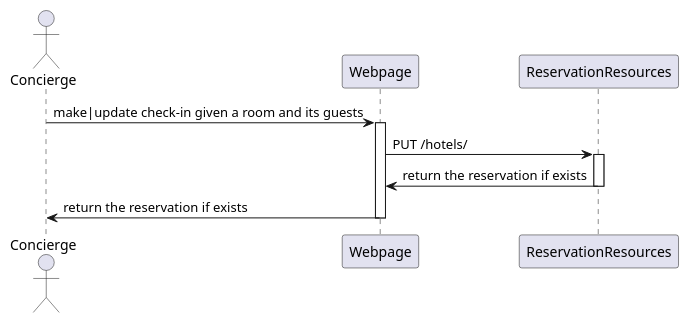
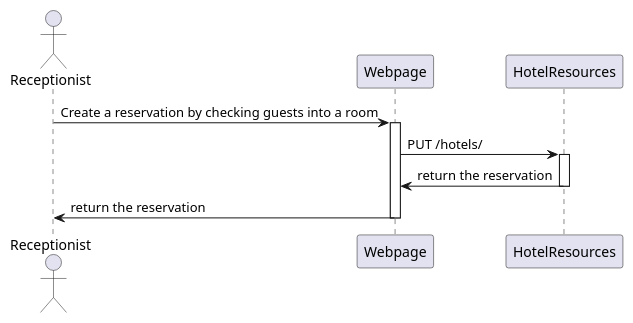
The diagram in doc/check-in.puml (dearrudam/workshop-quarkus-jnosql-quarkus-club), drawn with PlantUML before and after one commit. The commit also changed 10 other files, not shown here.

```diff
--- a/doc/check-in.puml
+++ b/doc/check-in.puml
@@ -1,15 +1,13 @@
 @startuml
+actor Receptionist
 
-actor Concierge
-
-
-Concierge -> Webpage: make|update check-in given a room and its guests
+Receptionist -> Webpage: Create a reservation by checking guests into a room
 activate Webpage
-Webpage -> ReservationResources: PUT /hotels/
-activate ReservationResources
-Webpage <- ReservationResources: return the reservation if exists
-deactivate ReservationResources
-Concierge <- Webpage: return the reservation if exists
+Webpage -> HotelResources: PUT /hotels/
+activate HotelResources
+Webpage <- HotelResources : return the reservation
+deactivate HotelResources
+Receptionist <- Webpage: return the reservation
 deactivate Webpage
 
 @enduml
```
